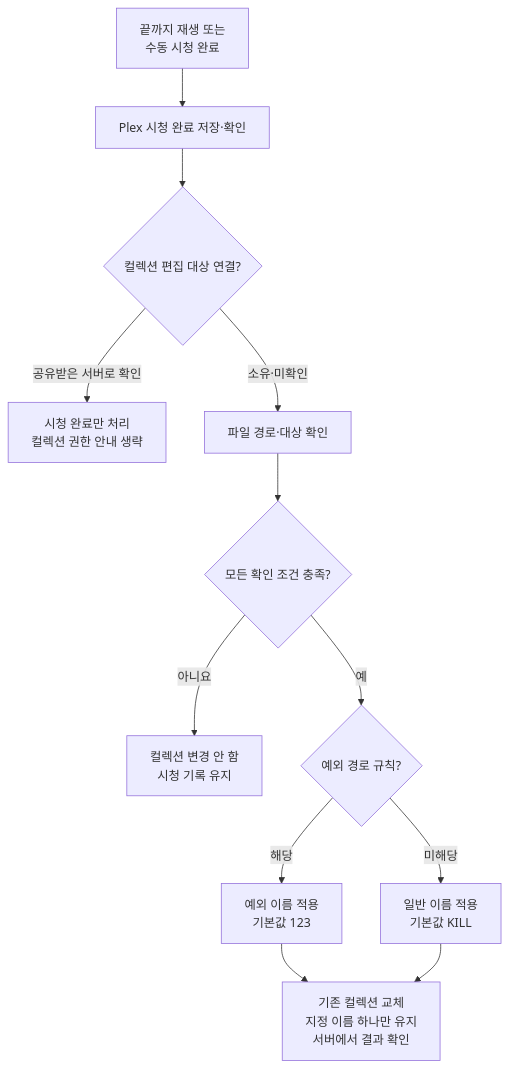
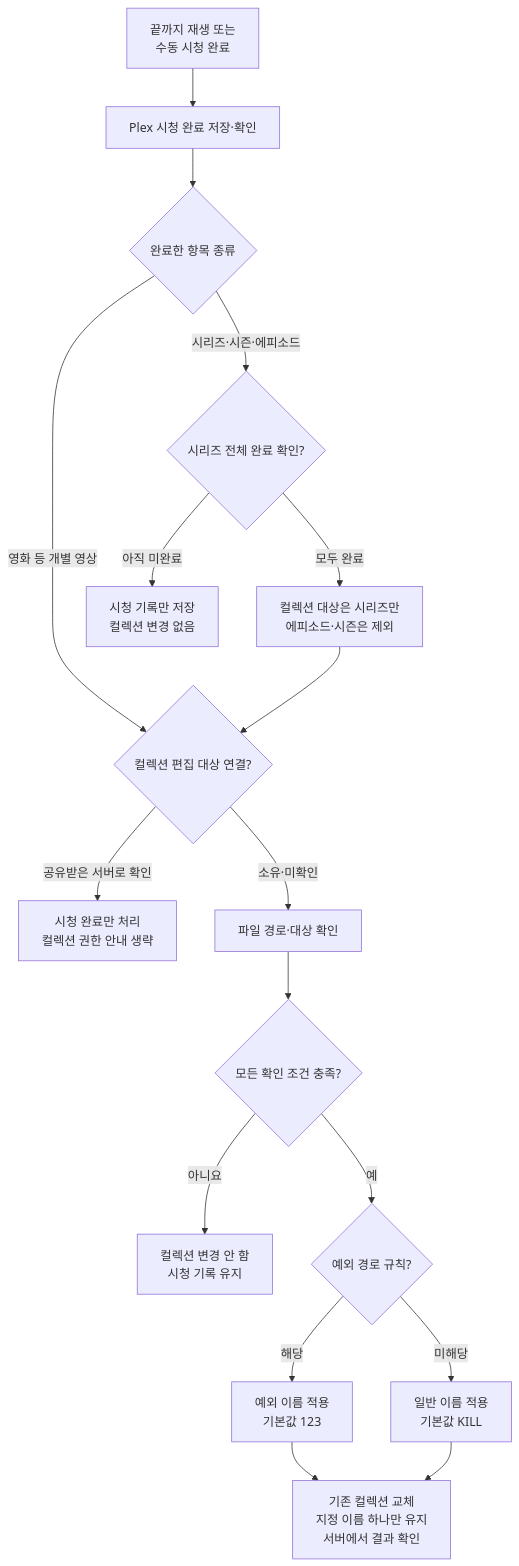
Before and after one commit to bluemirr8520-lgtm/plex-play-universal-updates: the fourth of 9 diagrams in USER_GUIDE.md, drawn with Mermaid. The commit also changed other lines of this file and 13 other files, not shown here.

````diff
--- a/USER_GUIDE.md
+++ b/USER_GUIDE.md
@@ -200,14 +202,19 @@
 ```mermaid
 flowchart TD
     A["끝까지 재생 또는<br/>수동 시청 완료"] --> B["Plex 시청 완료 저장·확인"]
-    B --> C{"컬렉션 편집 대상 연결?"}
+    B --> T{"완료한 항목 종류"}
+    T -->|영화 등 개별 영상| C{"컬렉션 편집 대상 연결?"}
+    T -->|시리즈·시즌·에피소드| S{"시리즈 전체 완료 확인?"}
+    S -->|아직 미완료| N["시청 기록만 저장<br/>컬렉션 변경 없음"]
+    S -->|모두 완료| R["컬렉션 대상은 시리즈만<br/>에피소드·시즌은 제외"]
+    R --> C
     C -->|공유받은 서버로 확인| D["시청 완료만 처리<br/>컬렉션 권한 안내 생략"]
     C -->|소유·미확인| E["파일 경로·대상 확인"]
     E --> F{"모든 확인 조건 충족?"}
     F -->|아니요| G["컬렉션 변경 안 함<br/>시청 기록 유지"]
     F -->|예| H{"예외 경로 규칙?"}
     H -->|해당| I["예외 이름 적용<br/>기본값 123"]
     H -->|미해당| J["일반 이름 적용<br/>기본값 KILL"]
     I --> K["기존 컬렉션 교체<br/>지정 이름 하나만 유지<br/>서버에서 결과 확인"]
     J --> K
 ```
````
